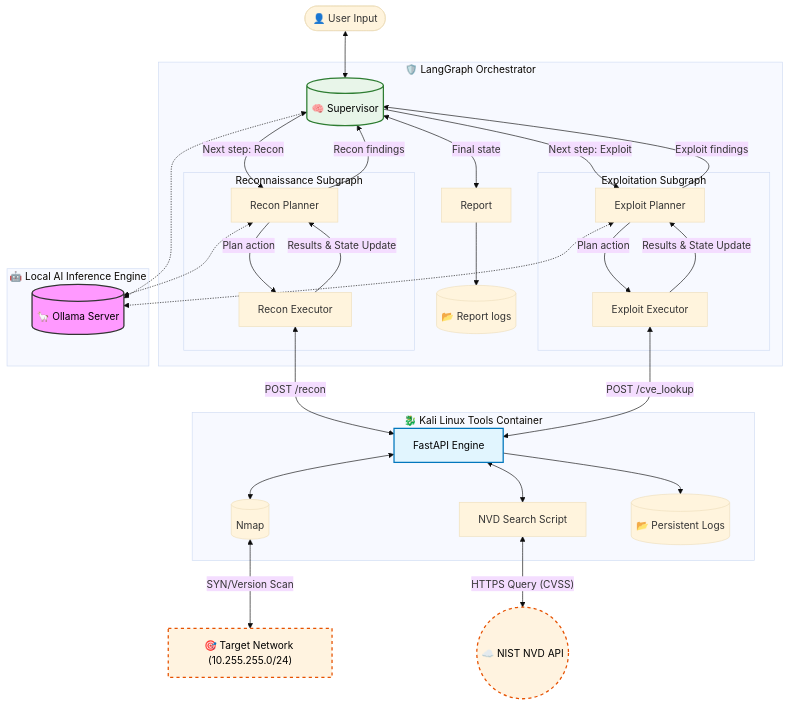
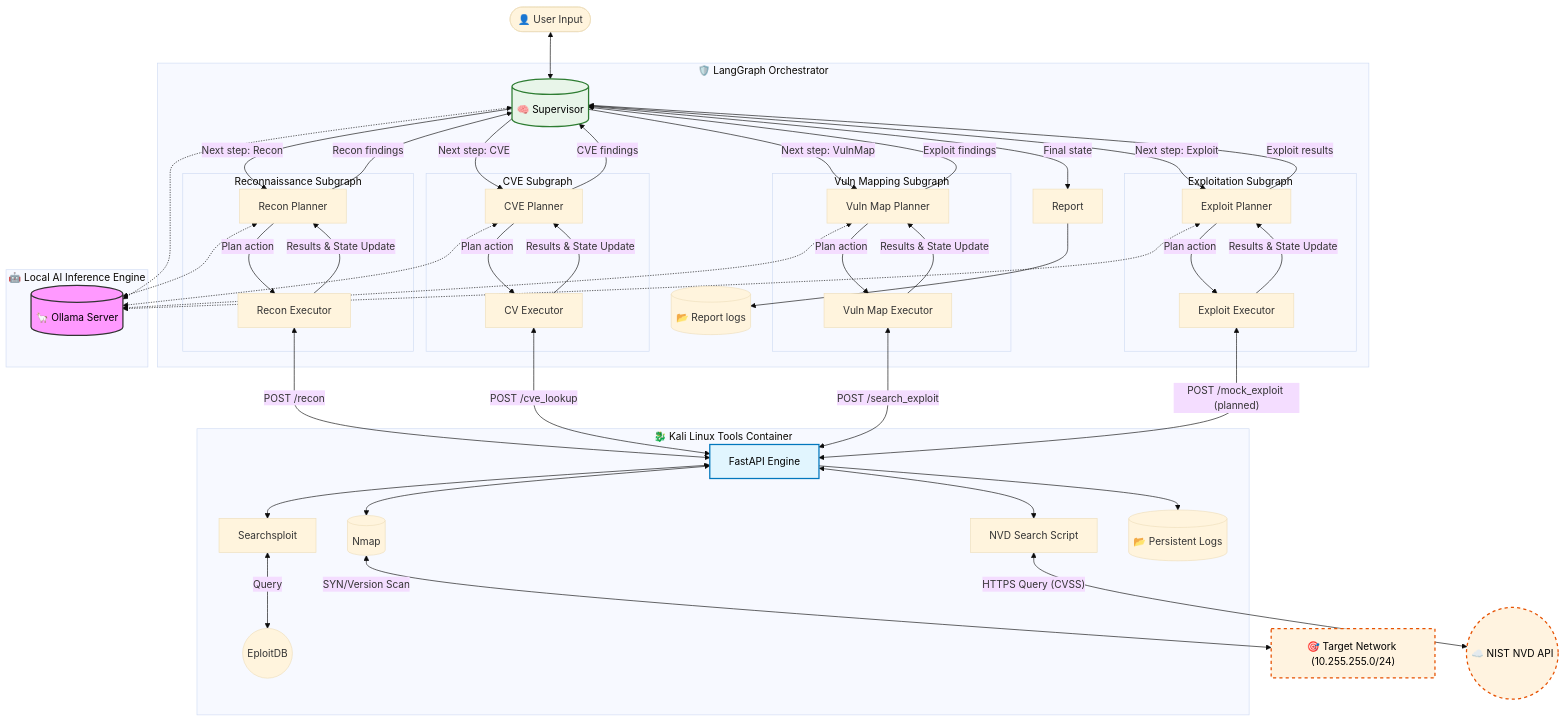
One commit to Oiertxo/agentic-security-orchestrator changed the diagram in README.md. Above: the diagram before and after it, drawn with Mermaid (base theme).

Commit message:
DOCS: README update

````diff
--- a/README.md
+++ b/README.md
@@ -44,6 +44,16 @@
             ReconPlanner["Recon Planner"]
             ReconExec["Recon Executor"]
         end
+
+        subgraph "CVE Subgraph"
+            CvePlanner["CVE Planner"]
+            CveExec["CV Executor"]
+        end
+
+        subgraph "Vuln Mapping Subgraph"
+            VulnMapPlanner["Vuln Map Planner"]
+            VulnMapExec["Vuln Map Executor"]
+        end
         
         subgraph "Exploitation Subgraph"
             ExploitPlanner["Exploit Planner"]
@@ -51,15 +61,23 @@
         end
 
         Supervisor --"Next step: Recon"--> ReconPlanner
+        Supervisor --"Next step: CVE"--> CvePlanner
+        Supervisor --"Next step: VulnMap"--> VulnMapPlanner
         Supervisor --"Next step: Exploit"--> ExploitPlanner
         
         ReconPlanner --"Recon findings"--> Supervisor
-        ExploitPlanner --"Exploit findings"--> Supervisor
+        CvePlanner --"CVE findings"--> Supervisor
+        VulnMapPlanner --"Exploit findings"--> Supervisor
+        ExploitPlanner --"Exploit results"--> Supervisor
         
         ReconPlanner --"Plan action"--> ReconExec
+        CvePlanner --"Plan action"--> CveExec
+        VulnMapPlanner --"Plan action"--> VulnMapExec
         ExploitPlanner --"Plan action"--> ExploitExec
         
         ReconExec --"Results & State Update"--> ReconPlanner
+        CveExec --"Results & State Update"--> CvePlanner
+        VulnMapExec --"Results & State Update"--> VulnMapPlanner
         ExploitExec --"Results & State Update"--> ExploitPlanner
 
         ReportNode["Report"]
@@ -74,20 +92,27 @@
 
     Supervisor <.-> Ollama
     ReconPlanner <.-> Ollama
+    CvePlanner <.-> Ollama
+    VulnMapPlanner <.-> Ollama
     ExploitPlanner <.-> Ollama
 
     subgraph "🐉 Kali Linux Tools Container"
         KaliAPI["FastAPI Engine"]:::container
         Nmap[("Nmap")]
         NVDSearch["NVD Search Script"]
+        ExploitSearch["Searchsploit"]
         Logs[("📂 Persistent Logs")]
+        ExploitDB(("EploitDB"))
     end
 
     ReconExec <--"POST /recon"--> KaliAPI
-    ExploitExec <--"POST /cve_lookup"--> KaliAPI
+    CveExec <--"POST /cve_lookup"--> KaliAPI
+    VulnMapExec <--"POST /search_exploit"--> KaliAPI
+    ExploitExec <--"POST /mock_exploit (planned)"--> KaliAPI
 
     KaliAPI <--> Nmap
     KaliAPI <--> NVDSearch
+    KaliAPI <--> ExploitSearch
     KaliAPI --> Logs
 
     Target["🎯 Target Network (10.255.255.0/24)"]:::external
@@ -95,4 +120,5 @@
 
     Nmap <--"SYN/Version Scan"--> Target
     NVDSearch <--"HTTPS Query (CVSS)"--> NVD_API
+    ExploitSearch <--"Query"--> ExploitDB
 ```
````
